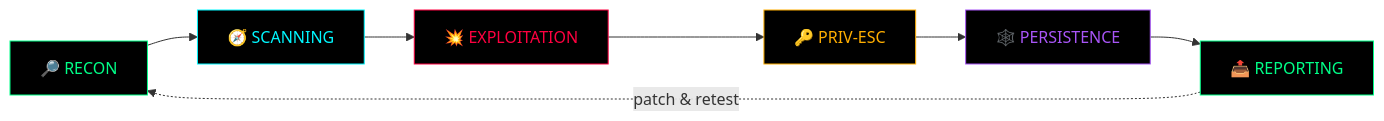
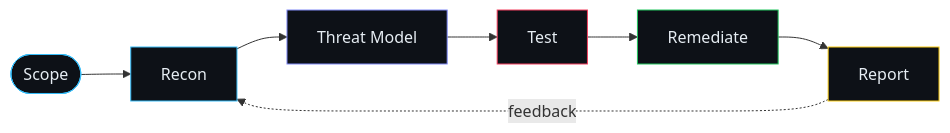
One commit to SarfarazAbbas3/SarfarazAbbas3 changed the diagram in README.md. Above: the diagram before and after it, drawn with Mermaid. The commit also changed other lines of this file, not shown here.

````diff
--- a/README.md
+++ b/README.md
@@ -76,15 +101,15 @@
 ```mermaid
 flowchart LR
-    A[🔎 RECON] --> B[🧭 SCANNING]
-    B --> C[💥 EXPLOITATION]
-    C --> D[🔑 PRIV-ESC]
-    D --> E[🕸️ PERSISTENCE]
-    E --> F[📤 REPORTING]
-    F -. patch & retest .-> A
-    style A fill:#000,stroke:#00ff88,color:#00ff88
-    style B fill:#000,stroke:#00F7FF,color:#00F7FF
-    style C fill:#000,stroke:#ff0040,color:#ff0040
-    style D fill:#000,stroke:#ffae00,color:#ffae00
-    style E fill:#000,stroke:#a855f7,color:#a855f7
-    style F fill:#000,stroke:#00ff88,color:#00ff88
+    A([Scope]) --> B[Recon]
+    B --> C[Threat Model]
+    C --> D[Test]
+    D --> E[Remediate]
+    E --> F[Report]
+    F -. feedback .-> B
+    style A fill:#0d1117,stroke:#38bdf8,color:#e6edf3
+    style B fill:#0d1117,stroke:#38bdf8,color:#e6edf3
+    style C fill:#0d1117,stroke:#818cf8,color:#e6edf3
+    style D fill:#0d1117,stroke:#f43f5e,color:#e6edf3
+    style E fill:#0d1117,stroke:#22c55e,color:#e6edf3
+    style F fill:#0d1117,stroke:#facc15,color:#e6edf3
 ```
````
